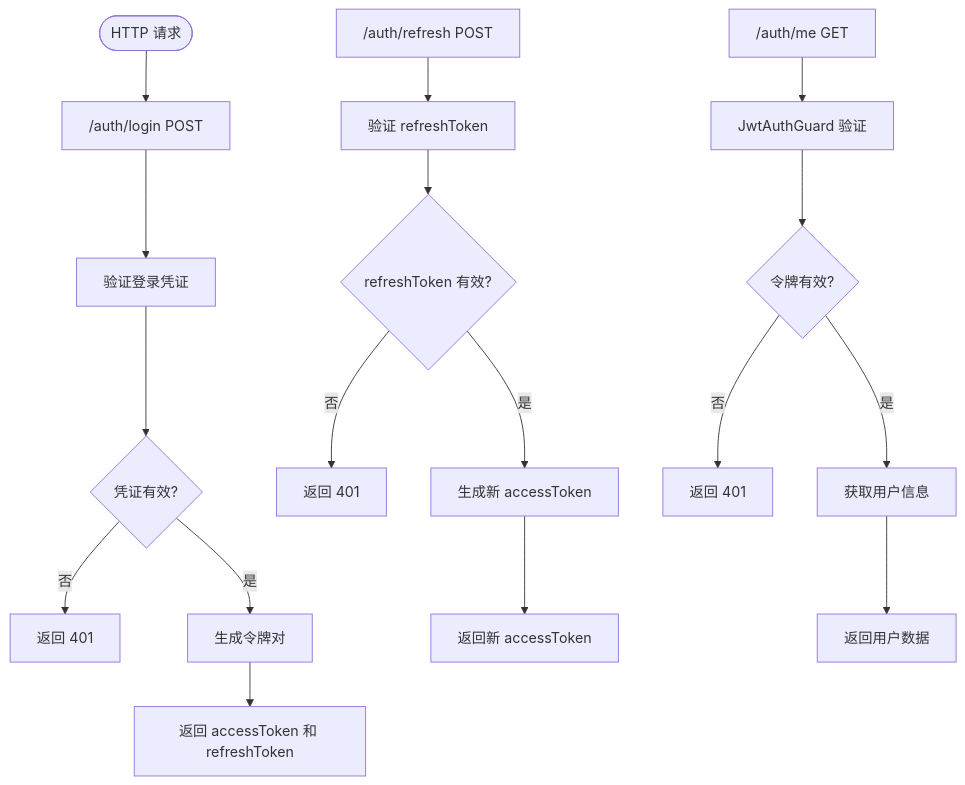
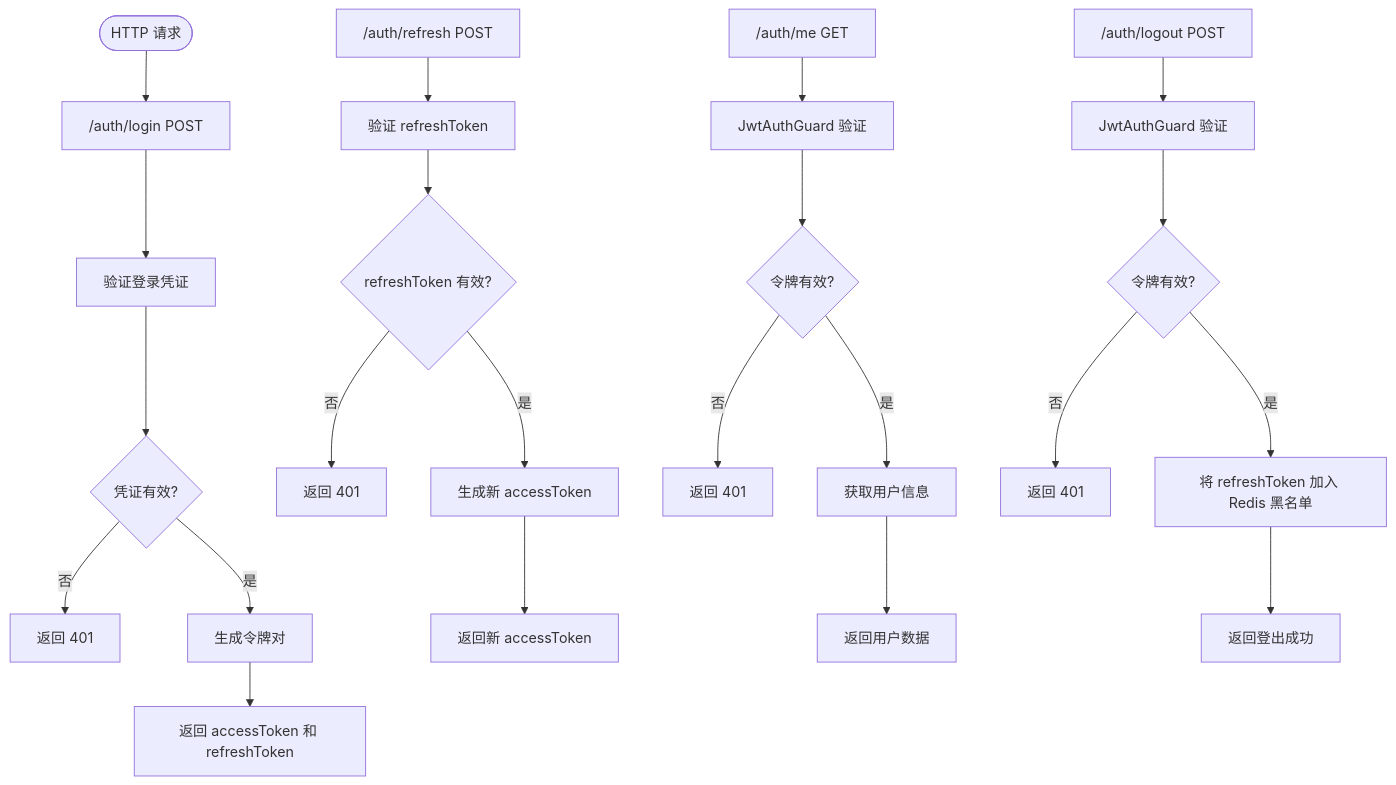
One commit to xixixiaoyu/vue3-nest-template changed the sixth of 8 diagrams in .qoder/repowiki/zh/content/后端服务/认证模块.md. Above: the diagram before and after it, drawn with Mermaid. The commit also changed other lines of this file and 5 other files, not shown here.

````diff
--- a/.qoder/repowiki/zh/content/后端服务/认证模块.md
+++ b/.qoder/repowiki/zh/content/后端服务/认证模块.md
@@ -194,19 +205,24 @@
 ```mermaid
 flowchart TD
 Start([HTTP 请求]) --> Login["/auth/login POST"]
 Login --> Validate["验证登录凭证"]
 Validate --> Valid{"凭证有效?"}
 Valid --> |否| Return401["返回 401"]
 Valid --> |是| Generate["生成令牌对"]
 Generate --> ReturnTokens["返回 accessToken 和 refreshToken"]
 Refresh["/auth/refresh POST"] --> Verify["验证 refreshToken"]
 Verify --> ValidRefresh{"refreshToken 有效?"}
 ValidRefresh --> |否| Return401Refresh["返回 401"]
 ValidRefresh --> |是| GenerateNew["生成新 accessToken"]
 GenerateNew --> ReturnNewToken["返回新 accessToken"]
 Me["/auth/me GET"] --> AuthGuard["JwtAuthGuard 验证"]
 AuthGuard --> ValidToken{"令牌有效?"}
 ValidToken --> |否| Return401Me["返回 401"]
 ValidToken --> |是| GetProfile["获取用户信息"]
 GetProfile --> ReturnUser["返回用户数据"]
+Logout["/auth/logout POST"] --> AuthGuardLogout["JwtAuthGuard 验证"]
+AuthGuardLogout --> ValidTokenLogout{"令牌有效?"}
+ValidTokenLogout --> |否| Return401Logout["返回 401"]
+ValidTokenLogout --> |是| AddToBlacklist["将 refreshToken 加入 Redis 黑名单"]
+AddToBlacklist --> ReturnSuccess["返回登出成功"]
 ```
````
